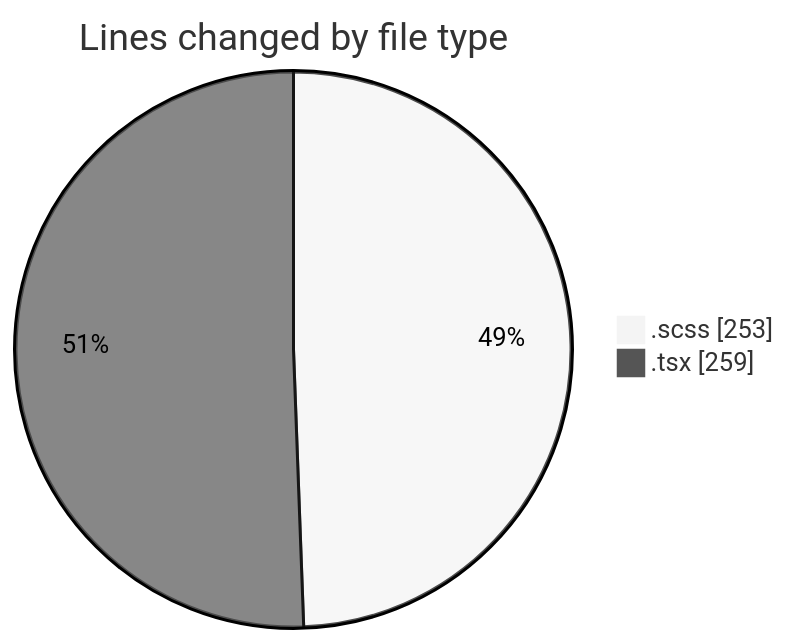
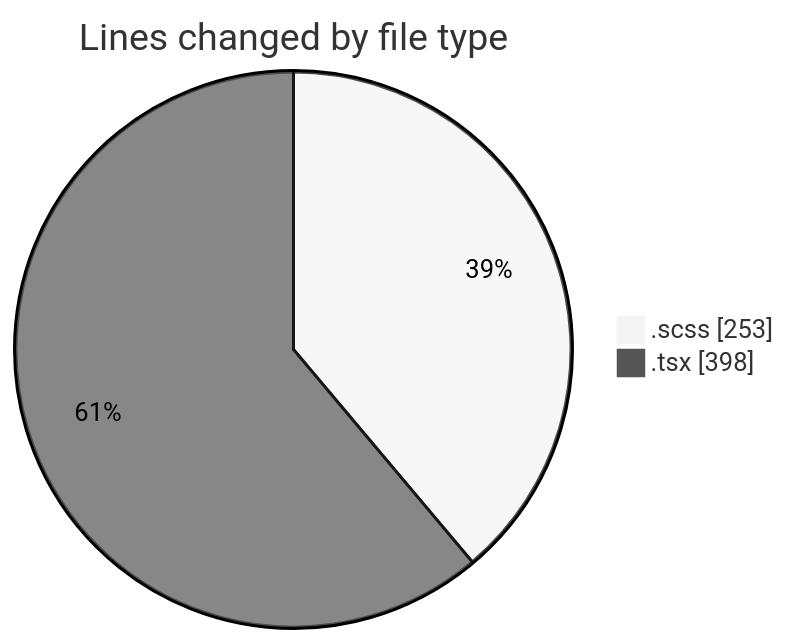
One commit to momahboobian/code-tracking changed the first of 2 diagrams in 2025-08-28/cda/README.md. Above: the diagram before and after it, drawn with Mermaid (neutral theme). The commit also changed other lines of this file and 1 other file, not shown here.

````diff
--- a/2025-08-28/cda/README.md
+++ b/2025-08-28/cda/README.md
@@ -22,6 +22,6 @@
 ```mermaid
 pie showData
 title Lines changed by file type
 ".scss" : 253
-".tsx" : 259
+".tsx" : 398
 ```
````
